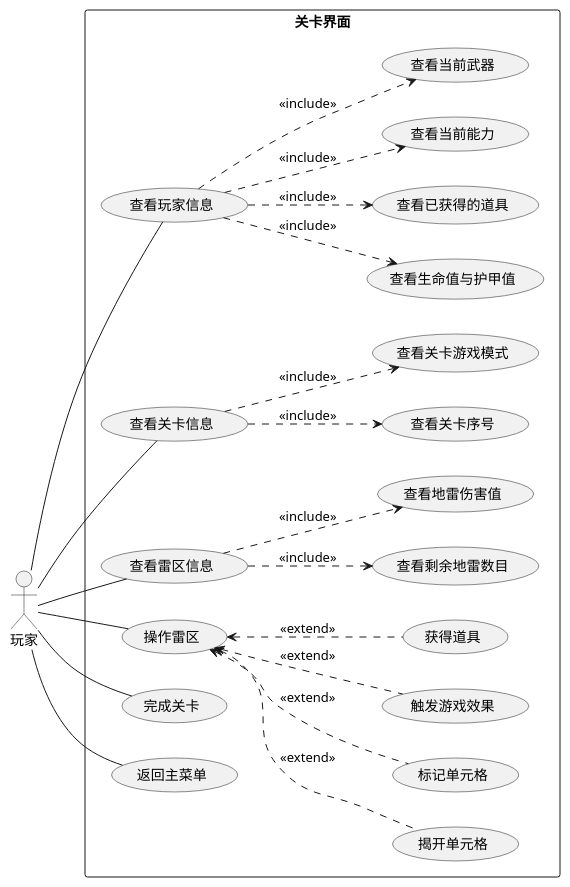
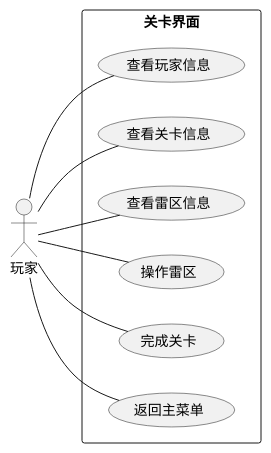
Before and after one commit to SnekTech/mine-sweeper-rogue-lib: the diagram in SnekPlugin/Diagrams/UseCase/level-ui.puml, drawn with PlantUML. The commit also changed 4 other files, not shown here.

Commit message:
split extending usecase to separate diagrams

```diff
--- a/SnekPlugin/Diagrams/UseCase/level-ui.puml
+++ b/SnekPlugin/Diagrams/UseCase/level-ui.puml
@@ -1,54 +1,29 @@
 @startuml level-ui
 
 left to right direction
 
 actor "玩家" as p1
 
 rectangle 关卡界面 {
 
-    usecase (查看玩家信息) as check_player_info
-    usecase (查看生命值与护甲值) as check_life
-    usecase (查看已获得的道具) as check_items
-    usecase (查看当前能力) as check_abilities
-    usecase check_weapon as "查看当前武器"
-    check_player_info ..> check_life : <<include>>
-    check_player_info ..> check_items : <<include>>
-    check_player_info ..> check_abilities : <<include>>
-    check_player_info ..> check_weapon : <<include>>
+    usecase check_player_info as "查看玩家信息"
 
     usecase check_level_info as "查看关卡信息"
-    usecase check_level_index as "查看关卡序号"
-    usecase check_level_game_mode as "查看关卡游戏模式"
-    check_level_info ..> check_level_index : <<include>>
-    check_level_info ..> check_level_game_mode : <<include>>
 
     usecase check_grid_info as "查看雷区信息"
-    usecase check_bomb_remain as "查看剩余地雷数目"
-    usecase check_bomb_damage as "查看地雷伤害值"
-    check_grid_info ..> check_bomb_remain : <<include>>
-    check_grid_info ..> check_bomb_damage : <<include>>
-    
+  
     usecase manipulate_grid as "操作雷区"
-    usecase reveal_cell as "揭开单元格"
-    usecase flag_cell as "标记单元格"
-    manipulate_grid <.. reveal_cell : <<extend>>
-    manipulate_grid <.. flag_cell : <<extend>>
-    
-    usecase trigger_event as "触发游戏效果"
-    usecase get_item as "获得道具"
-    manipulate_grid <.. trigger_event : <<extend>>
-    manipulate_grid <.. get_item : <<extend>>
     
     usecase complete_level as "完成关卡"
 
     usecase return_to_main_menu as "返回主菜单"
 }
 
 p1 -- check_player_info
 p1 -- check_level_info
 p1 -- check_grid_info
 p1 -- manipulate_grid
 p1 -- complete_level
 p1 -- return_to_main_menu
 
 @enduml
```
